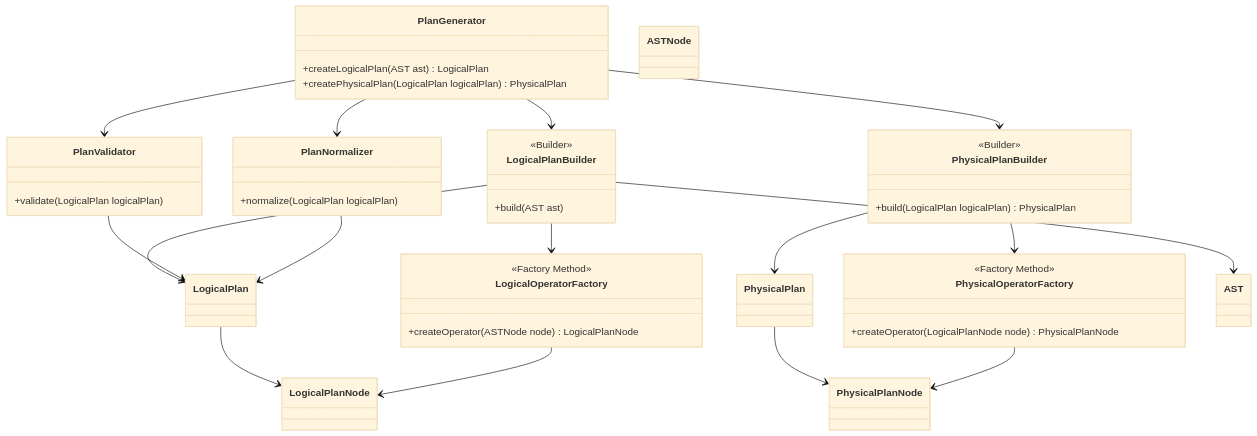
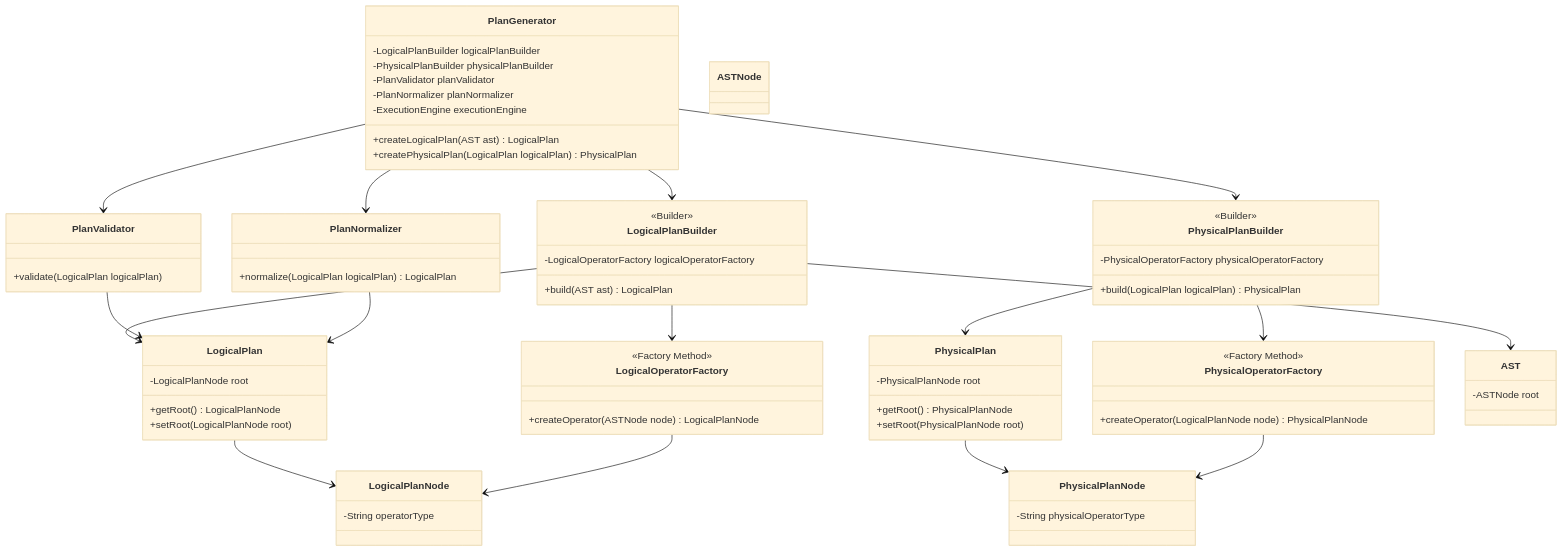
The diagram in docs/class_diagram/query_processor/detail/PlanGeneration.md (Dikhang1112/Database_Management_BBV), drawn with Mermaid (base theme) before and after one commit. The commit also changed 36 other files, not shown here.

```diff
--- a/docs/class_diagram/query_processor/detail/PlanGeneration.md
+++ b/docs/class_diagram/query_processor/detail/PlanGeneration.md
@@ -7,8 +7,13 @@
 %% =====================================================
 
     class PlanGenerator{
-+createLogicalPlan(AST ast) LogicalPlan
-+createPhysicalPlan(LogicalPlan logicalPlan) PhysicalPlan
+    -LogicalPlanBuilder logicalPlanBuilder
+    -PhysicalPlanBuilder physicalPlanBuilder
+    -PlanValidator planValidator
+    -PlanNormalizer planNormalizer
+    -ExecutionEngine executionEngine
+    +createLogicalPlan(AST ast) LogicalPlan
+    +createPhysicalPlan(LogicalPlan logicalPlan) PhysicalPlan
 }
 
 %% =====================================================
@@ -16,56 +21,72 @@
 %% =====================================================
 
 class LogicalPlanBuilder{
-<<Builder>>
-+build(AST ast)
+    <<Builder>>
+    -LogicalOperatorFactory logicalOperatorFactory
+    +build(AST ast) LogicalPlan
 }
 
 class LogicalOperatorFactory{
-<<Factory Method>>
-+createOperator(ASTNode node) LogicalPlanNode
+    <<Factory Method>>
+    +createOperator(ASTNode node) LogicalPlanNode
 }
 
-class LogicalPlan
+class LogicalPlan{
+    -LogicalPlanNode root
+    +getRoot() LogicalPlanNode
+    +setRoot(LogicalPlanNode root)
+}
 
 %% =====================================================
 %% PHYSICAL PLAN
 %% =====================================================
 
 class PhysicalPlanBuilder{
-<<Builder>>
-+build(LogicalPlan logicalPlan) PhysicalPlan
+    <<Builder>>
+    -PhysicalOperatorFactory physicalOperatorFactory
+    +build(LogicalPlan logicalPlan) PhysicalPlan
 }
 
 class PhysicalOperatorFactory{
-<<Factory Method>>
-+createOperator(LogicalPlanNode node) PhysicalPlanNode
+    <<Factory Method>>
+    +createOperator(LogicalPlanNode node) PhysicalPlanNode
 }
 
-class PhysicalPlan
+class PhysicalPlan{
+    -PhysicalPlanNode root
+    +getRoot() PhysicalPlanNode
+    +setRoot(PhysicalPlanNode root)
+}
 
 %% =====================================================
 %% PLAN VALIDATION
 %% =====================================================
 
 class PlanValidator{
-+validate(LogicalPlan logicalPlan)
+    +validate(LogicalPlan logicalPlan)
 }
 
 class PlanNormalizer{
-+normalize(LogicalPlan logicalPlan)
+    +normalize(LogicalPlan logicalPlan) LogicalPlan
 }
 
 %% =====================================================
 %% SHARED OBJECTS
 %% =====================================================
 
-class AST
+class AST{
+    -ASTNode root
+}
 
 class ASTNode
 
-class LogicalPlanNode
+class LogicalPlanNode{
+    -String operatorType
+}
 
-class PhysicalPlanNode
+class PhysicalPlanNode{
+    -String physicalOperatorType
+}
 
 %% =====================================================
 %% RELATIONSHIPS
```
